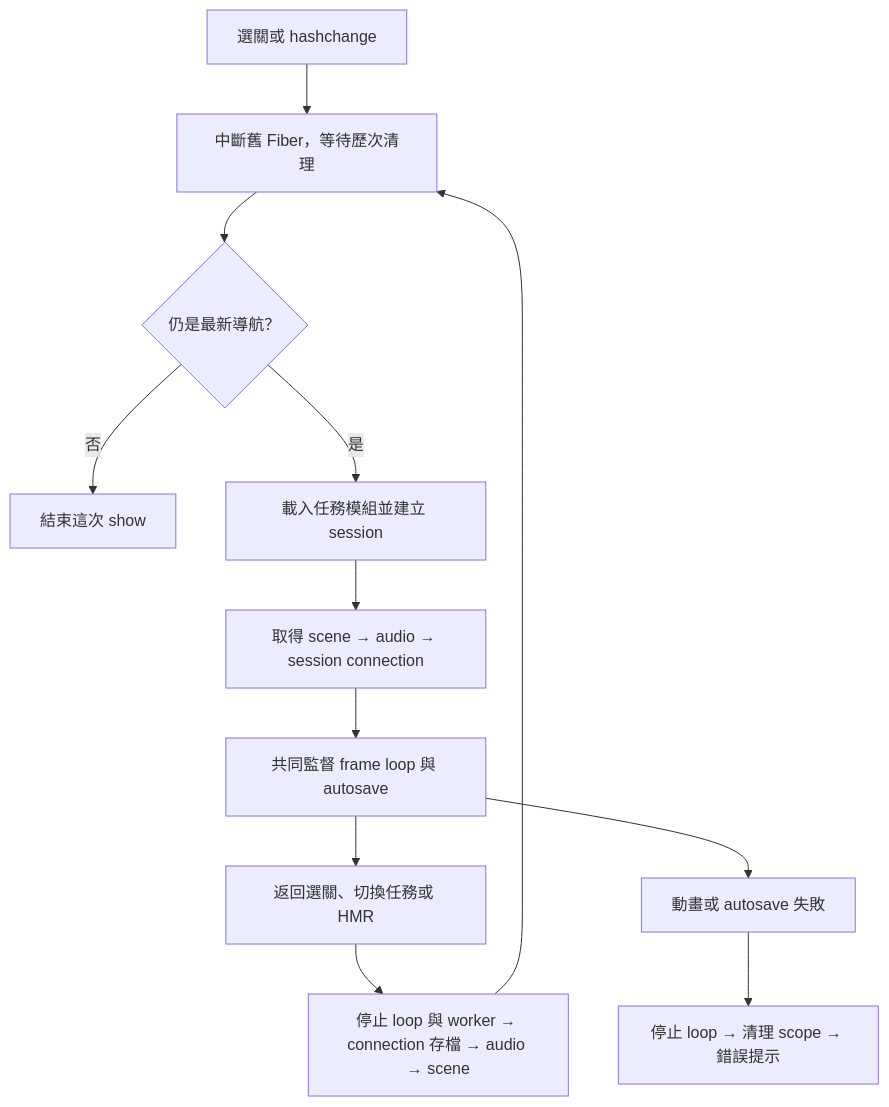
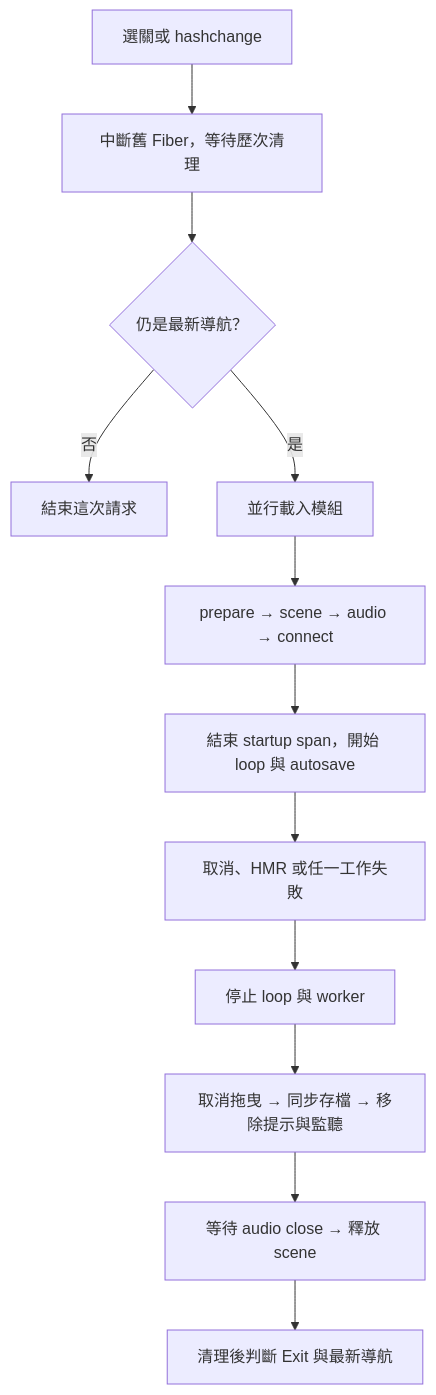
The diagram in docs/effect-usage.md (kidwm/town-crew), drawn with Mermaid before and after one commit. The commit also changed other lines of this file and 40 other files, not shown here.

````diff
--- a/docs/effect-usage.md
+++ b/docs/effect-usage.md
@@ -60,14 +35,14 @@
 ```mermaid
 flowchart TD
   A[選關或 hashchange] --> B[中斷舊 Fiber，等待歷次清理]
   B --> C{仍是最新導航？}
-  C -->|否| D[結束這次 show]
-  C -->|是| E[載入任務模組並建立 session]
-  E --> F[取得 scene → audio → session connection]
-  F --> G[共同監督 frame loop 與 autosave]
-  G --> H[返回選關、切換任務或 HMR]
-  H --> I[停止 loop 與 worker → connection 存檔 → audio → scene]
-  G --> J[動畫或 autosave 失敗]
-  J --> K[停止 loop → 清理 scope → 錯誤提示]
-  I --> B
+  C -->|否| D[結束這次請求]
+  C -->|是| E[並行載入模組]
+  E --> F[prepare → scene → audio → connect]
+  F --> G[結束 startup span，開始 loop 與 autosave]
+  G --> H[取消、HMR 或任一工作失敗]
+  H --> I[停止 loop 與 worker]
+  I --> J[取消拖曳 → 同步存檔 → 移除提示與監聽]
+  J --> K[等待 audio close → 釋放 scene]
+  K --> L[清理後判斷 Exit 與最新導航]
 ```
````
